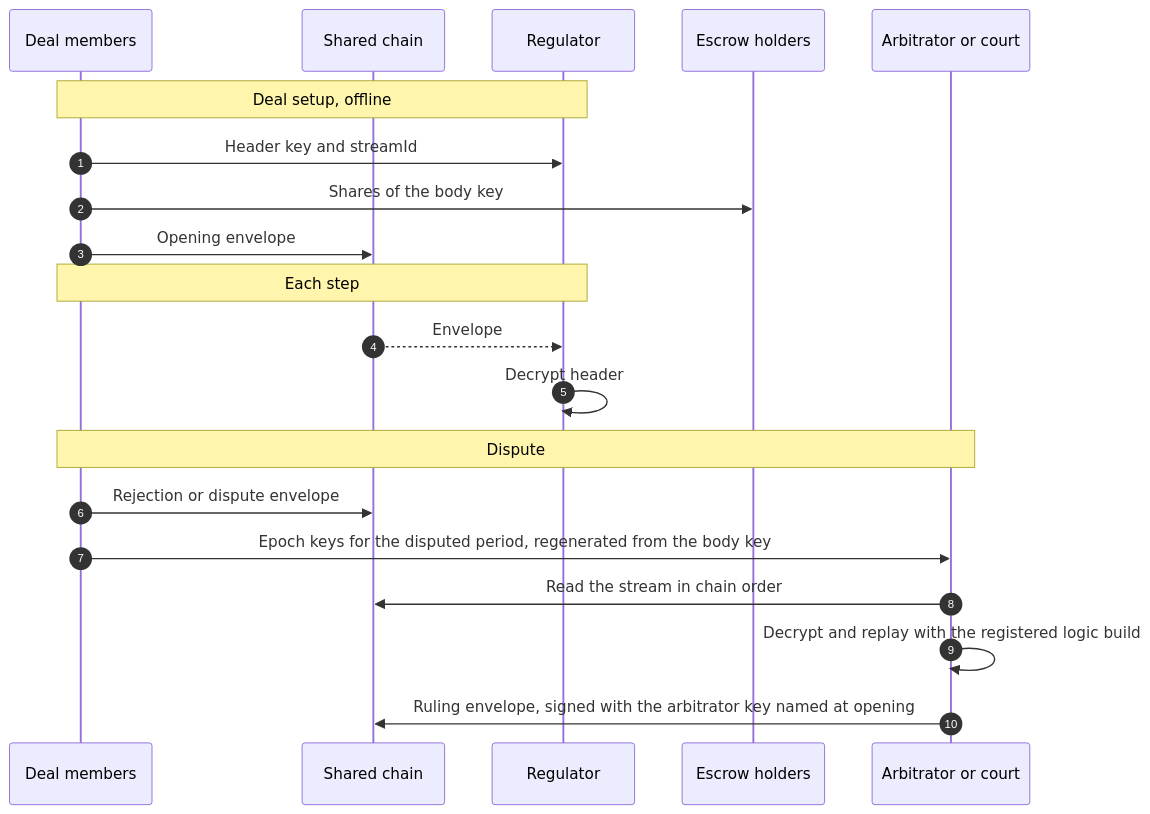
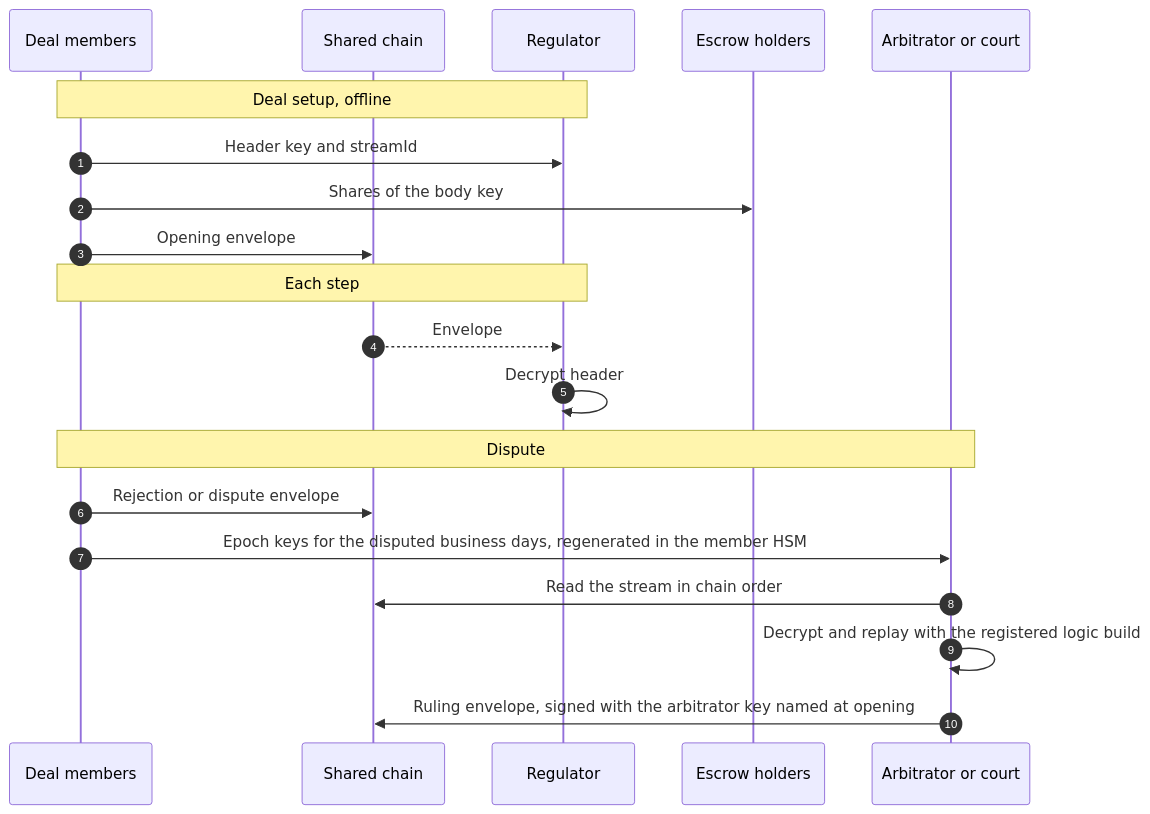
Before and after one commit to finos-hack/cdm-collateral: the ninth of 10 diagrams in docs/architecture/onchain-privacy.md, drawn with Mermaid. The commit also changed other lines of this file, not shown here.

First line of the commit message:
docs: onchain-privacy sets one-business-day epoch keys derived inside the member HSM

````diff
--- a/docs/architecture/onchain-privacy.md
+++ b/docs/architecture/onchain-privacy.md
@@ -671,24 +688,24 @@
 ```mermaid
 sequenceDiagram
   autonumber
   participant M as Deal members
   participant C as Shared chain
   participant R as Regulator
   participant E as Escrow holders
   participant X as Arbitrator or court
 
   Note over M,R: Deal setup, offline
   M->>R: Header key and streamId
   M->>E: Shares of the body key
   M->>C: Opening envelope
   Note over M,R: Each step
   C-->>R: Envelope
   R->>R: Decrypt header
 
   Note over M,X: Dispute
   M->>C: Rejection or dispute envelope
-  M->>X: Epoch keys for the disputed period, regenerated from the body key
+  M->>X: Epoch keys for the disputed business days, regenerated in the member HSM
   X->>C: Read the stream in chain order
   X->>X: Decrypt and replay with the registered logic build
   X->>C: Ruling envelope, signed with the arbitrator key named at opening
 ```
````
